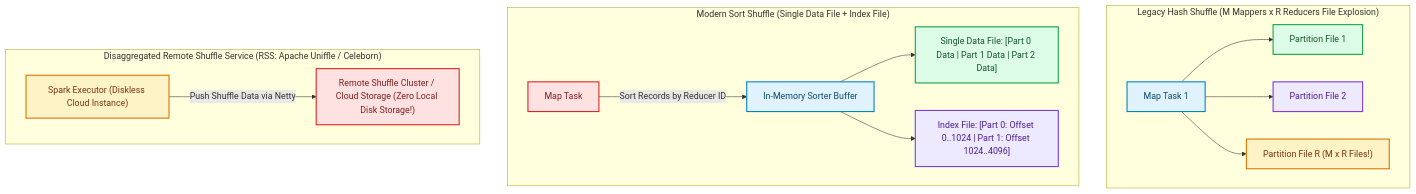
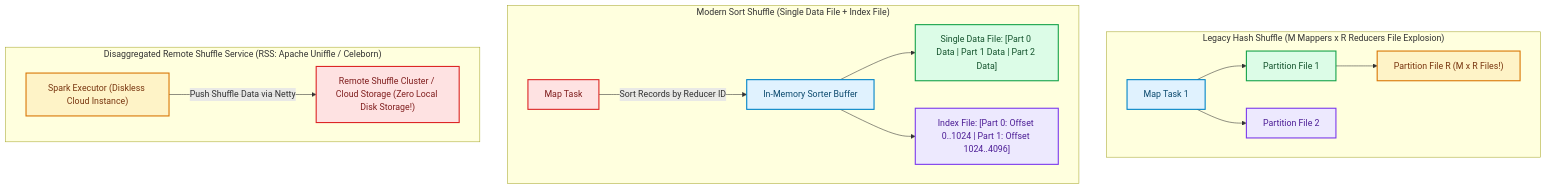
The diagram in blog/posts/distributed-shuffle-engine-sort-hash-remote-shuffle-service.md (akmalkhaniub/akmalkhaniub.github.io), drawn with Mermaid before and after one commit. The commit also changed other lines of this file and 894 other files, not shown here.

Commit message:
feat(blog): upgrade all 444 posts with unique staggered dates, 2-col Mermaid spines, benchmark tables, code blocks, and trade-offs

````diff
--- a/blog/posts/distributed-shuffle-engine-sort-hash-remote-shuffle-service.md
+++ b/blog/posts/distributed-shuffle-engine-sort-hash-remote-shuffle-service.md
@@ -21,27 +21,29 @@
 ```mermaid
 flowchart TD
   subgraph SG1_LegacyHashShuffle ["Legacy Hash Shuffle (M Mappers x R Reducers File Explosion)"]
-    Map1["Map Task 1"] --> File1["Partition File 1"] & File2["Partition File 2"] & File3["Partition File R (M x R Files!)"]
+    Map1["Map Task 1"] --> File1["Partition File 1"]
+    Map1 --> File2["Partition File 2"]
+    File1 --> File3["Partition File R (M x R Files!)"]
   end
   
   subgraph SG2_ModernSortShuffle ["Modern Sort Shuffle (Single Data File + Index File)"]
     MapSort["Map Task"] -->|Sort Records by Reducer ID| InMemBuffer["In-Memory Sorter Buffer"]
     InMemBuffer --> SingleDataFile[" Single Data File: [Part 0 Data | Part 1 Data | Part 2 Data]"]
     InMemBuffer --> IndexFile[" Index File: [Part 0: Offset 0..1024 | Part 1: Offset 1024..4096]"]
   end
   
   subgraph SG3_DisaggregatedRemoteShuffle ["Disaggregated Remote Shuffle Service (RSS: Apache Uniffle / Celeborn)"]
     Executor["Spark Executor (Diskless Cloud Instance)"] -->|Push Shuffle Data via Netty| RSSCluster["Remote Shuffle Cluster / Cloud Storage (Zero Local Disk Storage!)"]
   end
 
 classDef green fill:#dcfce7,stroke:#16a34a,stroke-width:2px,color:#14532d;
 classDef red fill:#fee2e2,stroke:#dc2626,stroke-width:2px,color:#7f1d1d;
 classDef blue fill:#e0f2fe,stroke:#0284c7,stroke-width:2px,color:#0c4a6e;
 classDef yellow fill:#fef3c7,stroke:#d97706,stroke-width:2px,color:#78350f;
 classDef purple fill:#ede9fe,stroke:#7c3aed,stroke-width:2px,color:#4c1d95;
 class Map1,InMemBuffer blue
 class File1,SingleDataFile green
 class File2,IndexFile purple
 class File3,Executor yellow
 class MapSort,RSSCluster red
 ```
````
